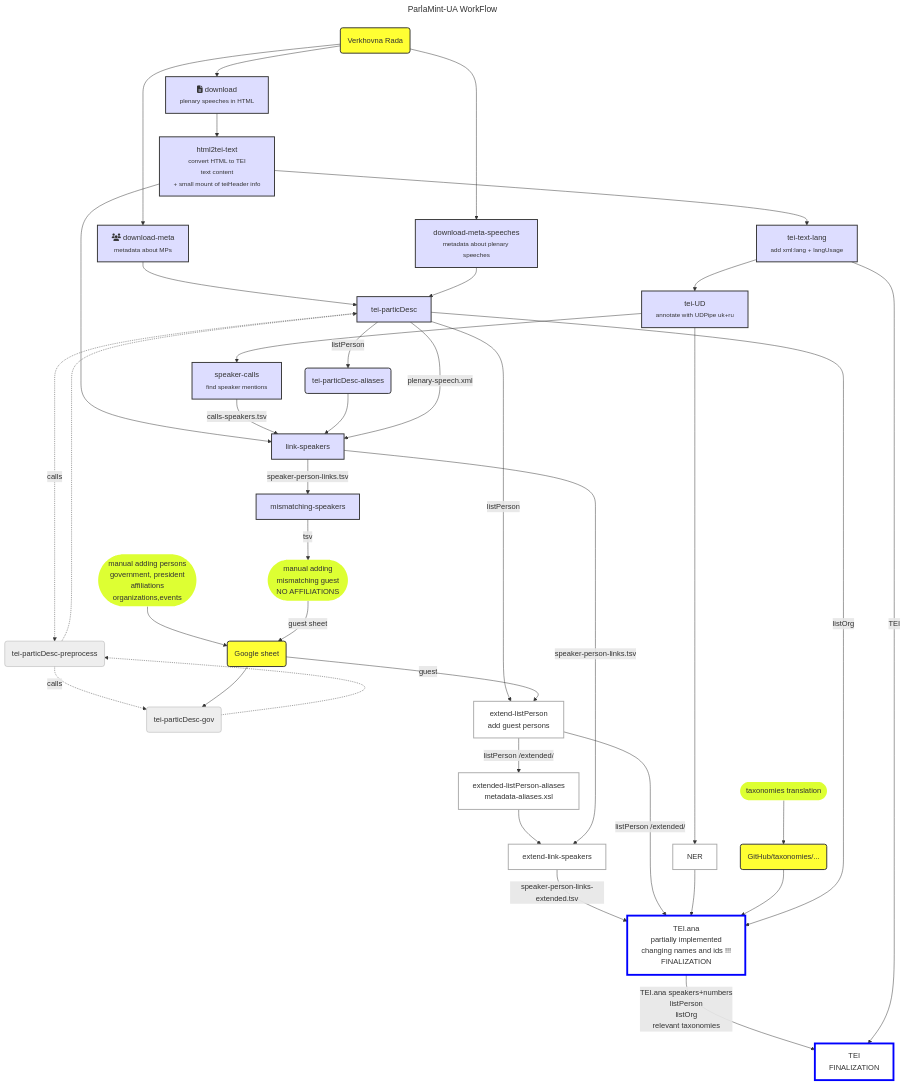
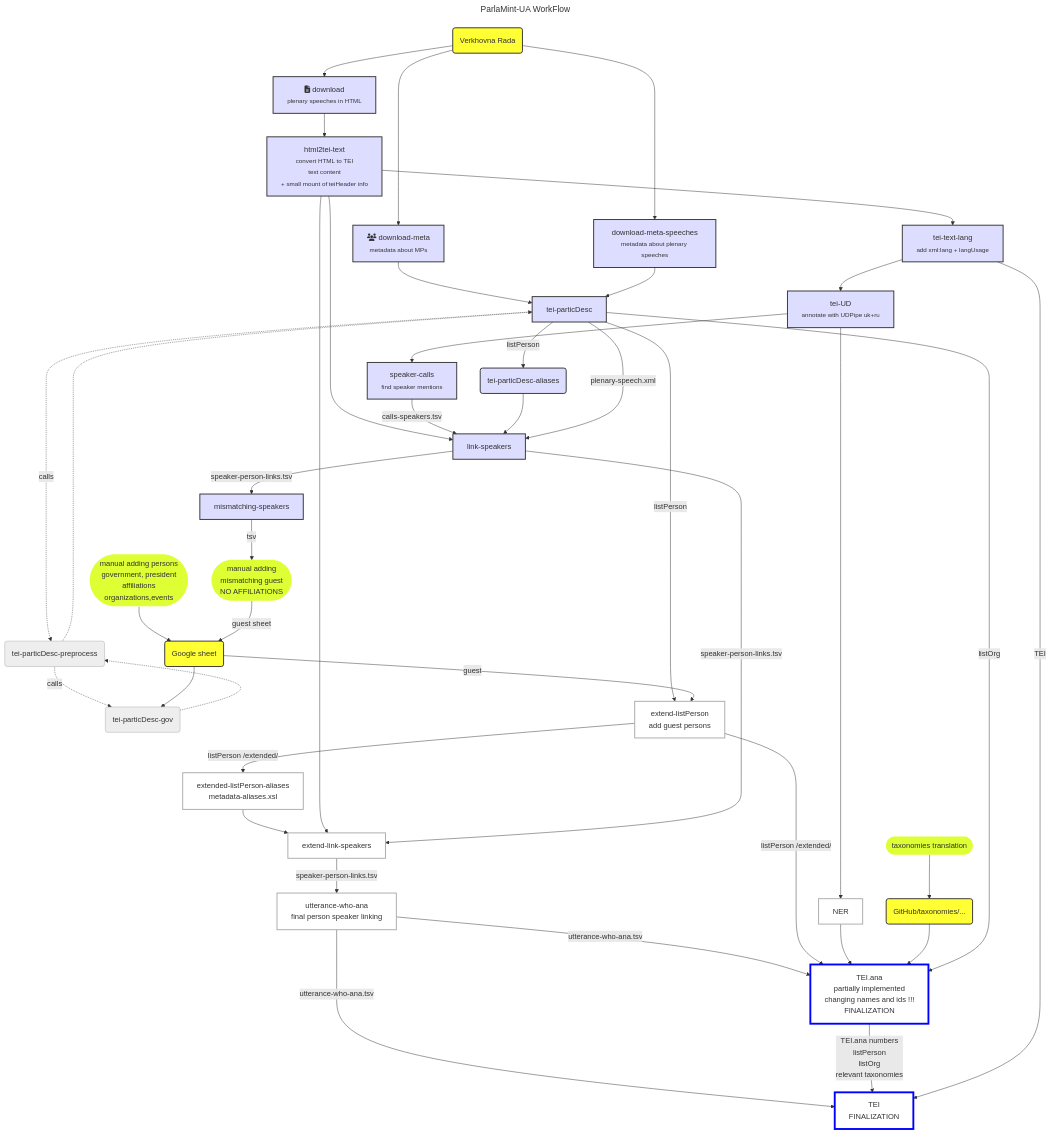
Before and after one commit to ufal/ParlaMint-UA: the diagram in README.md, drawn with Mermaid.

Commit message:
update workflow diagram

```diff
--- a/README.md
+++ b/README.md
@@ -62,18 +62,23 @@
 
     extend-link-speakers[extend-link-speakers]:::TODO
     extended-listPerson-aliases --> extend-link-speakers
+    HTML --> extend-link-speakers
     link-speakers --speaker-person-links.tsv--> extend-link-speakers
     taxonomies-man([taxonomies translation]):::MANUAL --> taxonomies(GitHub/taxonomies/...):::in
 
     TEIana[TEI.ana<br>partially implemented<br>changing names and ids !!!<br>FINALIZATION]:::TODOfin
-    extend-link-speakers --speaker-person-links-extended.tsv--> TEIana
+
+    utterance-who-ana[utterance-who-ana<br>final person speaker linking]:::TODO
+    extend-link-speakers --speaker-person-links.tsv--> utterance-who-ana
+    utterance-who-ana --utterance-who-ana.tsv--> TEIana
     extend-listPerson --listPerson /extended/--> TEIana
     TEIner --> TEIana
     taxonomies --> TEIana
     tei-particDesc --listOrg--> TEIana
 
     TEI[TEI<br>FINALIZATION]:::TODOfin
-    TEIana --TEI.ana speakers+numbers<br>listPerson<br>listOrg<br>relevant taxonomies-->TEI
+    utterance-who-ana --utterance-who-ana.tsv--> TEI
+    TEIana --TEI.ana numbers<br>listPerson<br>listOrg<br>relevant taxonomies-->TEI
     TEIlang --TEI-->TEI
     
     classDef default fill:#ddf,stroke:#333,stroke-width:2px;
```
